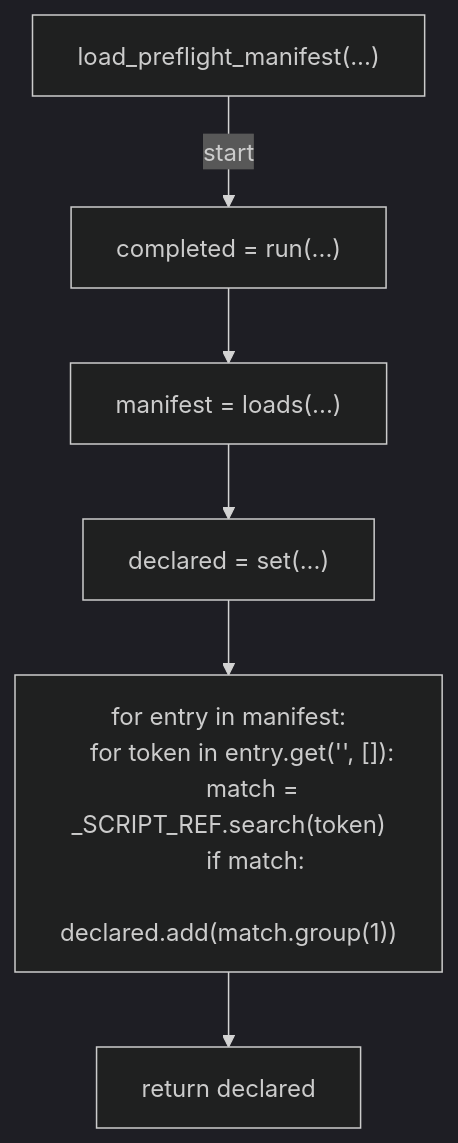
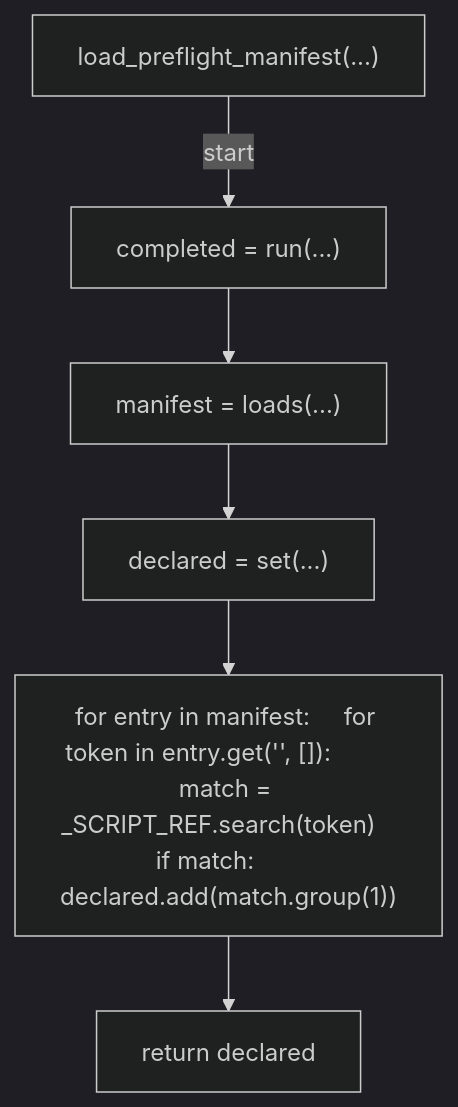
Before and after one commit to tvna/claude-md: the fourth of 7 diagrams in docs/generated/scripts/ast/scan_preflight_drift.md, drawn with Mermaid (dark theme). The commit also changed other lines of this file and 23 other files, not shown here.

First line of the commit message:
docs(generated): regenerate decision tree and workflow diagrams (batch 4/5)

````diff
--- a/docs/generated/scripts/ast/scan_preflight_drift.md
+++ b/docs/generated/scripts/ast/scan_preflight_drift.md
@@ -68,18 +44,14 @@
 ```mermaid
 flowchart TD
     N001["load_preflight_manifest(...)"]
     N002["completed = run(...)"]
     N003["manifest = loads(...)"]
     N004["declared = set(...)"]
-    N005["for entry in manifest:
-    for token in entry.get('<str>', []):
-        match = _SCRIPT_REF.search(token)
-        if match:
-            declared.add(match.group(1))"]
+    N005["for entry in manifest:     for token in entry.get('<str>', []):         match = _SCRIPT_REF.search(token)         if match:             declared.add(match.group(1))"]
     N006["return declared"]
     N001 -->|"start"| N002
     N002 --> N003
     N003 --> N004
     N004 --> N005
     N005 --> N006
 ```
````
